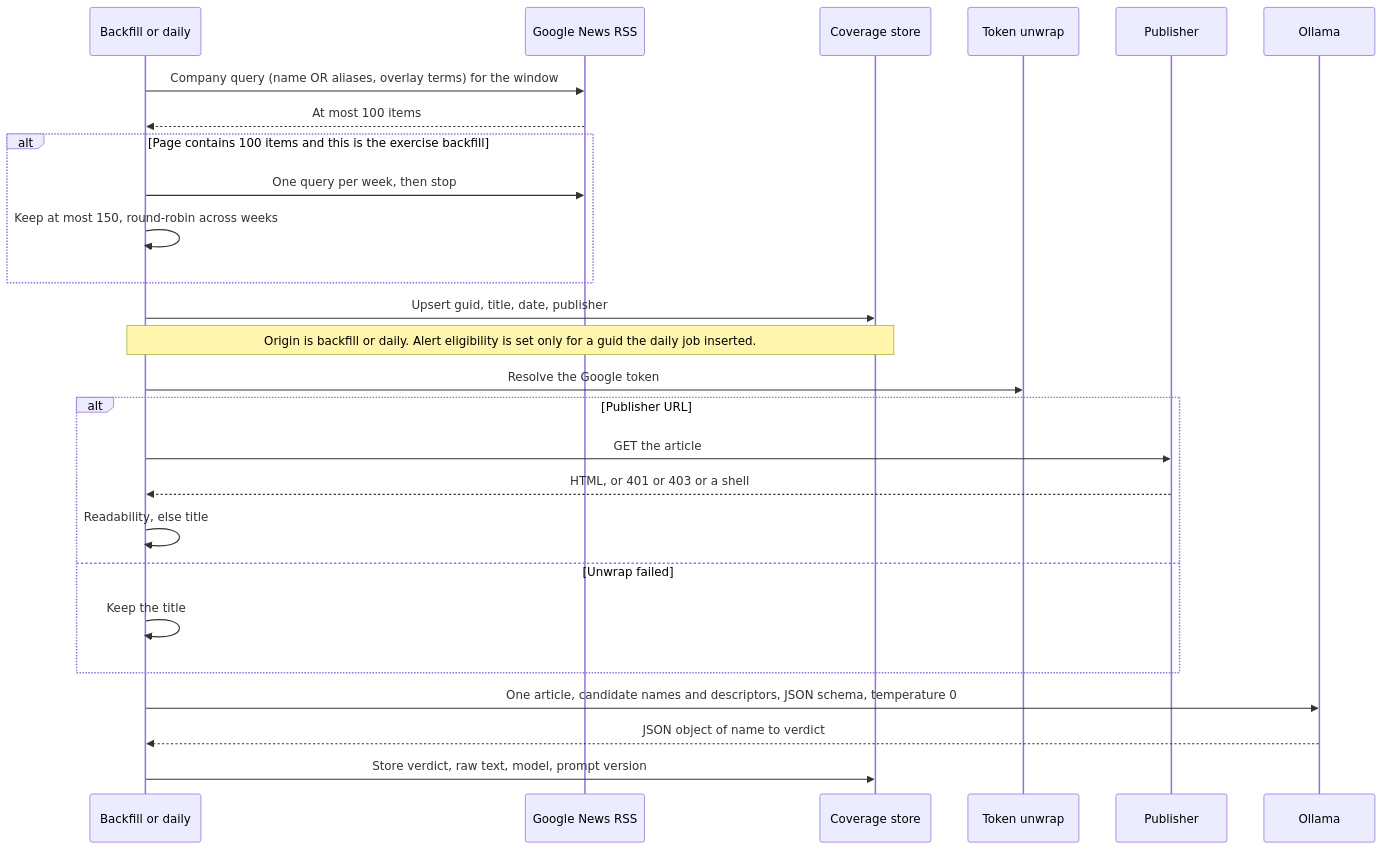
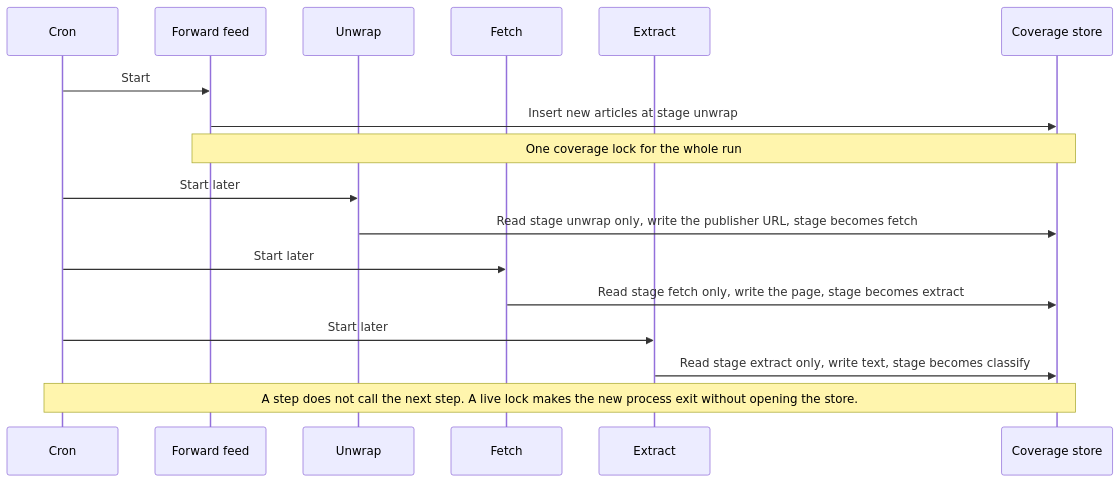
Before and after one commit to itayavtalyon/press-mentions: the third of 8 diagrams in docs/ARCHITECTURE.md, drawn with Mermaid. The commit also changed other lines of this file and 52 other files, not shown here.

First line of the commit message:
feat: recover a dead coverage lock without an empty file

````diff
--- a/docs/ARCHITECTURE.md
+++ b/docs/ARCHITECTURE.md
@@ -85,29 +98,20 @@
 ```mermaid
 sequenceDiagram
-  participant Job as Backfill or daily
-  participant RSS as Google News RSS
+  participant Cron
+  participant Feed as Forward feed
+  participant Unwrap
+  participant Fetch
+  participant Extract
   participant DB as Coverage store
-  participant Unwrap as Token unwrap
-  participant Page as Publisher
-  participant Model as Ollama
 
-  Job->>RSS: Company query (name OR aliases, overlay terms) for the window
-  RSS-->>Job: At most 100 items
-  alt Page contains 100 items and this is the exercise backfill
-    Job->>RSS: One query per week, then stop
-    Job->>Job: Keep at most 150, round-robin across weeks
-  end
-  Job->>DB: Upsert guid, title, date, publisher
-  Note over Job,DB: Origin is backfill or daily. Alert eligibility is set only for a guid the daily job inserted.
-  Job->>Unwrap: Resolve the Google token
-  alt Publisher URL
-    Job->>Page: GET the article
-    Page-->>Job: HTML, or 401 or 403 or a shell
-    Job->>Job: Readability, else title
-  else Unwrap failed
-    Job->>Job: Keep the title
-  end
-  Job->>Model: One article, candidate names and descriptors, JSON schema, temperature 0
-  Model-->>Job: JSON object of name to verdict
-  Job->>DB: Store verdict, raw text, model, prompt version
+  Cron->>Feed: Start
+  Feed->>DB: Insert new articles at stage unwrap
+  Note over Feed,DB: One coverage lock for the whole run
+  Cron->>Unwrap: Start later
+  Unwrap->>DB: Read stage unwrap only, write the publisher URL, stage becomes fetch
+  Cron->>Fetch: Start later
+  Fetch->>DB: Read stage fetch only, write the page, stage becomes extract
+  Cron->>Extract: Start later
+  Extract->>DB: Read stage extract only, write text, stage becomes classify
+  Note over Cron,DB: A step does not call the next step. A live lock makes the new process exit without opening the store.
 ```
````
